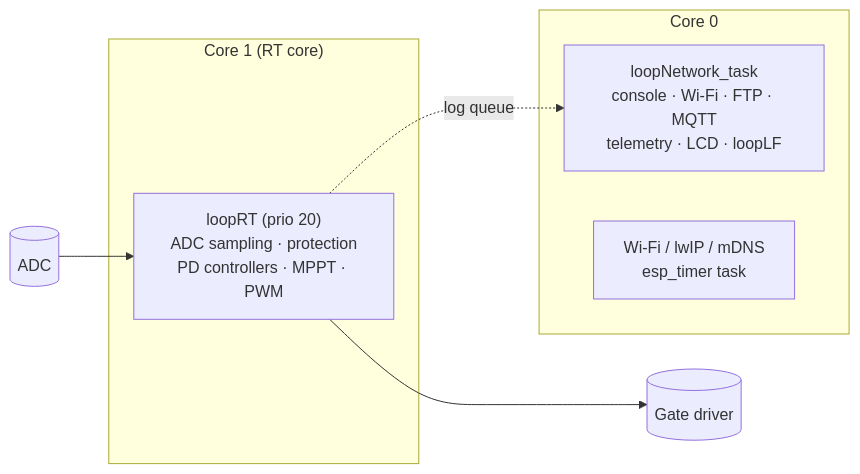
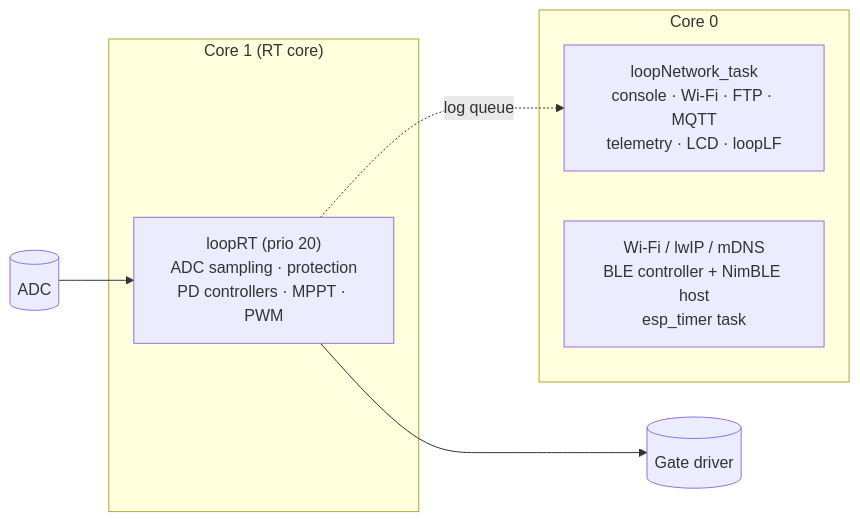
Before and after one commit to fl4p/fugu-mppt-firmware: the first of 2 diagrams in website/docs/internals/architecture.md, drawn with Mermaid. The commit also changed other lines of this file, not shown here.

Commit message:
docs: link internals pages from architecture, add BLE to task layout

````diff
--- a/website/docs/internals/architecture.md
+++ b/website/docs/internals/architecture.md
@@ -15,13 +15,13 @@
 ```mermaid
 flowchart LR
   subgraph core1["Core 1 (RT core)"]
     rt["loopRT (prio 20)<br/>ADC sampling · protection<br/>PD controllers · MPPT · PWM"]
   end
   subgraph core0["Core 0"]
     net["loopNetwork_task<br/>console · Wi-Fi · FTP · MQTT<br/>telemetry · LCD · loopLF"]
-    sys["Wi-Fi / lwIP / mDNS<br/>esp_timer task"]
+    sys["Wi-Fi / lwIP / mDNS<br/>BLE controller + NimBLE host<br/>esp_timer task"]
   end
   adc[(ADC)] --> rt
   rt --> pwm[(Gate driver)]
   rt -. log queue .-> net
 ```
````
